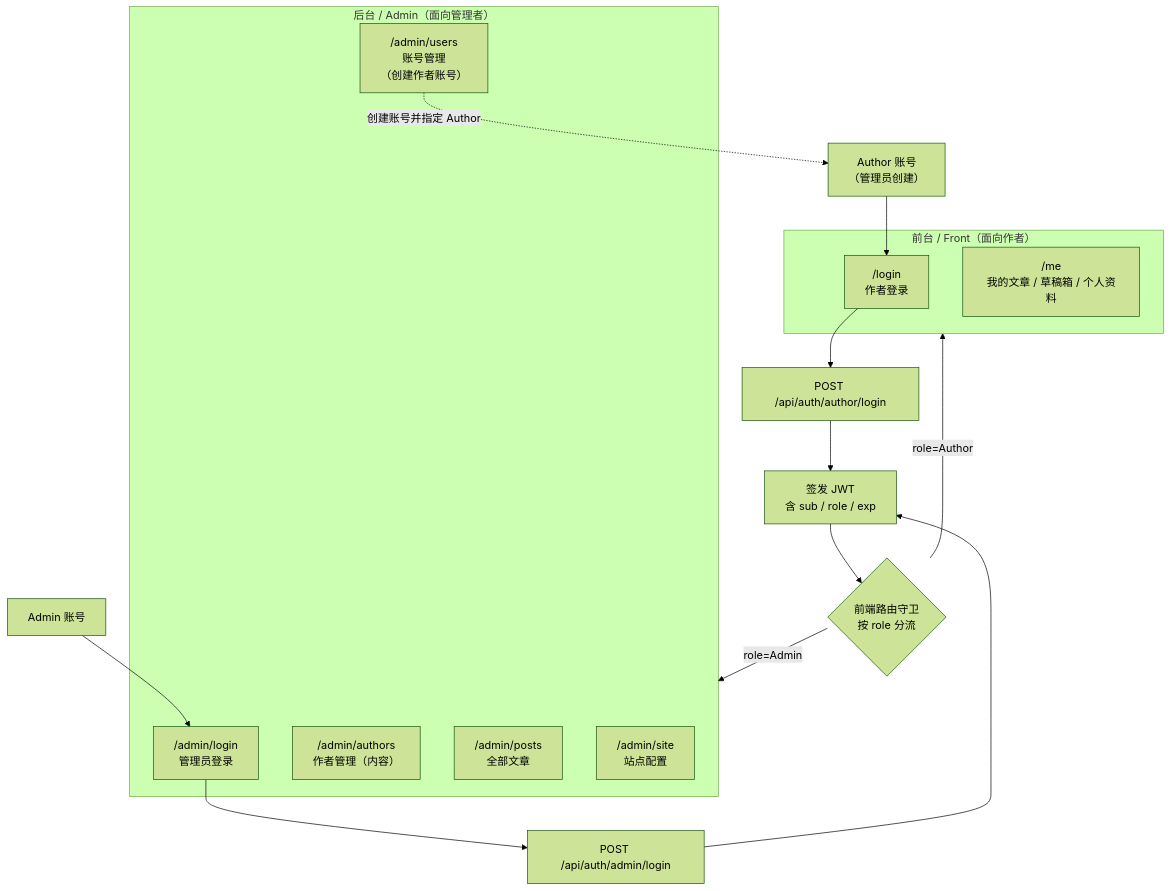
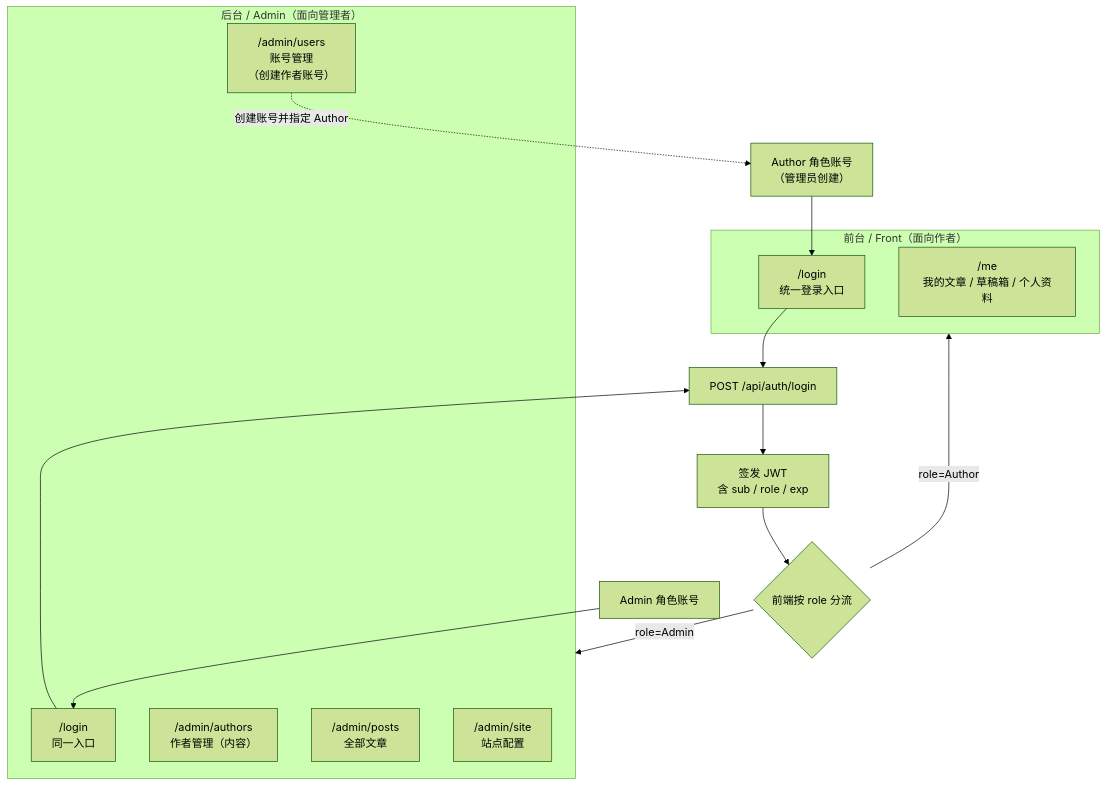
Before and after one commit to whyitsy/blog-CI-CD: the second of 12 diagrams in docs/business.md, drawn with Mermaid (forest theme). The commit also changed other lines of this file and 4 other files, not shown here.

````diff
--- a/docs/business.md
+++ b/docs/business.md
@@ -156,25 +156,24 @@
 ```mermaid
 flowchart TB
   subgraph Front["前台 / Front（面向作者）"]
-    FL["/login<br/>作者登录"]
+    FL["/login<br/>统一登录入口"]
     ME["/me<br/>我的文章 / 草稿箱 / 个人资料"]
   end
   subgraph Admin["后台 / Admin（面向管理者）"]
-    AL["/admin/login<br/>管理员登录"]
+    AL["/login<br/>同一入口"]
     AM["/admin/users<br/>账号管理<br/>（创建作者账号）"]
     AA["/admin/authors<br/>作者管理（内容）"]
     AP["/admin/posts<br/>全部文章"]
     AS["/admin/site<br/>站点配置"]
   end
 
-  A1["Author 账号<br/>（管理员创建）"] --> FL
-  A2["Admin 账号"] --> AL
-  FL --> L1["POST /api/auth/author/login"]
-  AL --> L3["POST /api/auth/admin/login"]
+  A1["Author 角色账号<br/>（管理员创建）"] --> FL
+  A2["Admin 角色账号"] --> AL
+  FL --> L1["POST /api/auth/login"]
+  AL --> L1
   L1 --> JWT["签发 JWT<br/>含 sub / role / exp"]
-  L3 --> JWT
-  JWT --> G{"前端路由守卫<br/>按 role 分流"}
+  JWT --> G{"前端按 role 分流"}
   G -->|"role=Author"| Front
   G -->|"role=Admin"| Admin
   AM -.->|"创建账号并指定 Author"| A1
 ```
````
